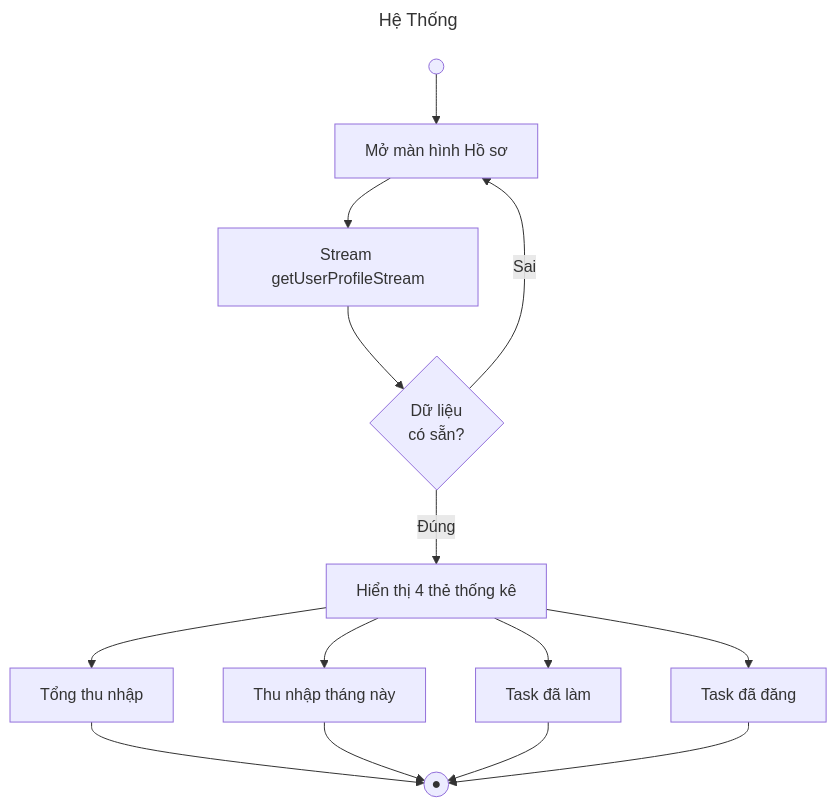
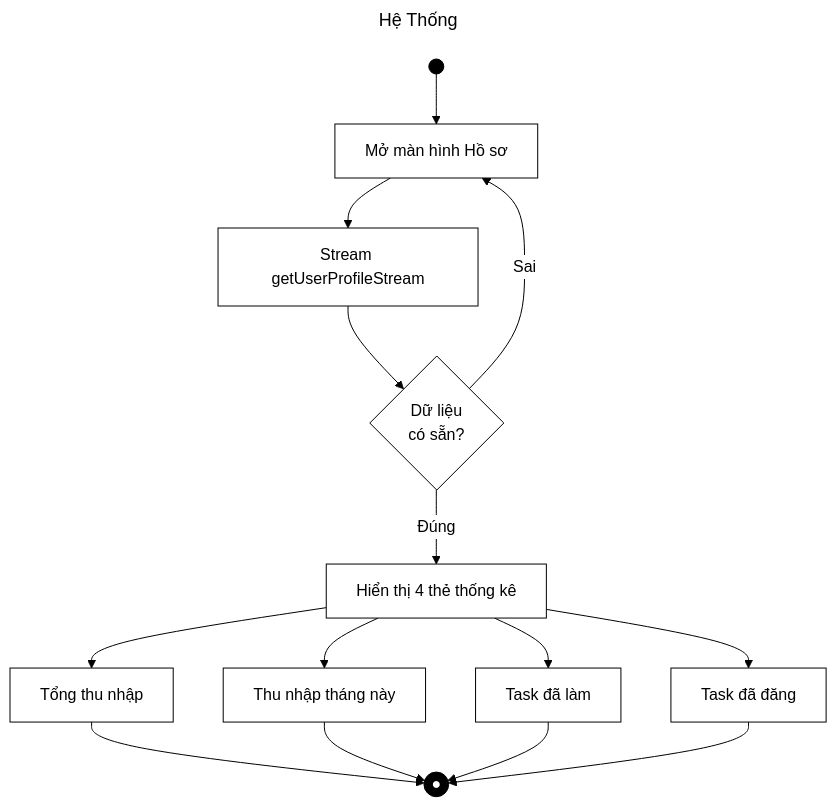
Before and after one commit to Babiboyy55/TaskHeroPKA: diagram 12 of 22 in Activity_Diagrams.md, drawn with Mermaid. The commit also changed other lines of this file, not shown here.

````diff
--- a/Activity_Diagrams.md
+++ b/Activity_Diagrams.md
@@ -206,16 +239,19 @@
 ```mermaid
 ---
 title: Hệ Thống
 ---
+%%{init: {'theme':'base', 'themeVariables': {'primaryColor':'#ffffff', 'primaryBorderColor':'#000000', 'primaryTextColor':'#000000', 'lineColor':'#000000', 'edgeLabelBackground':'#ffffff', 'tertiaryColor':'#ffffff'}}}%%
 flowchart TD
-    S(( )) --> A[Mở màn hình Hồ sơ]
+    classDef default fill:#ffffff,stroke:#000000,stroke-width:1px,color:#000000;
+    classDef blackNode fill:#000000,stroke:#000000,stroke-width:1px,color:#ffffff;
+    S(( )):::blackNode --> A[Mở màn hình Hồ sơ]
     A --> B[Stream getUserProfileStream]
     B --> D1{Dữ liệu\ncó sẵn?}
     D1 -- Sai --> A
     D1 -- Đúng --> C[Hiển thị 4 thẻ thống kê]
     C --> D[Tổng thu nhập]
     C --> E[Thu nhập tháng này]
     C --> F[Task đã làm]
     C --> G[Task đã đăng]
-    D & E & F & G --> Z((●))
+    D & E & F & G --> Z((●)):::blackNode
 ```
````
